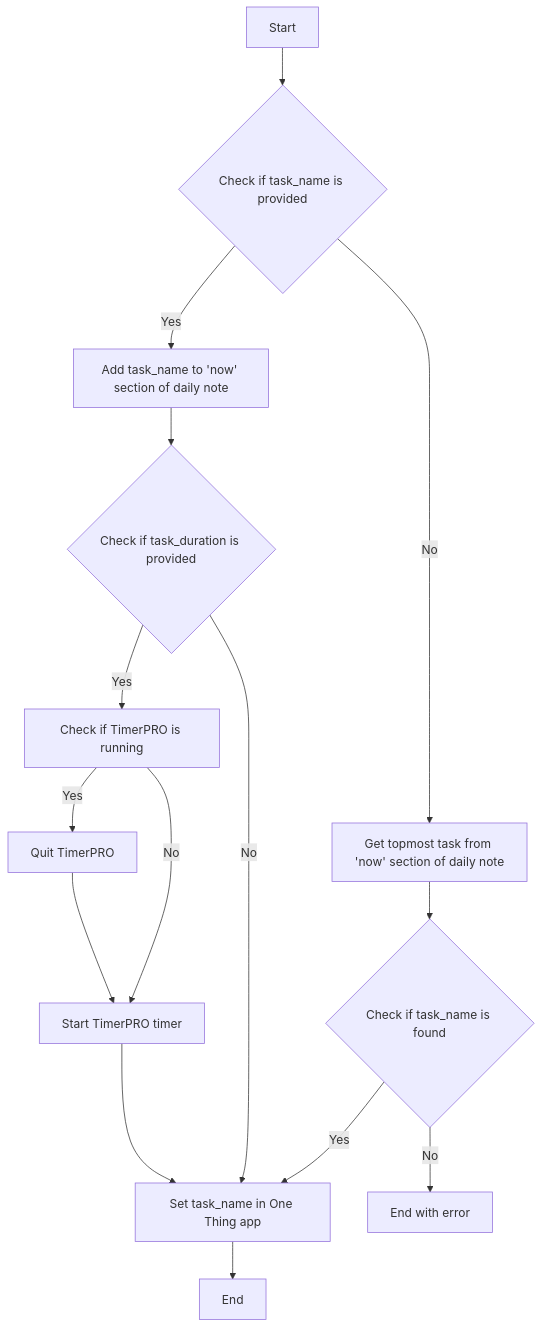
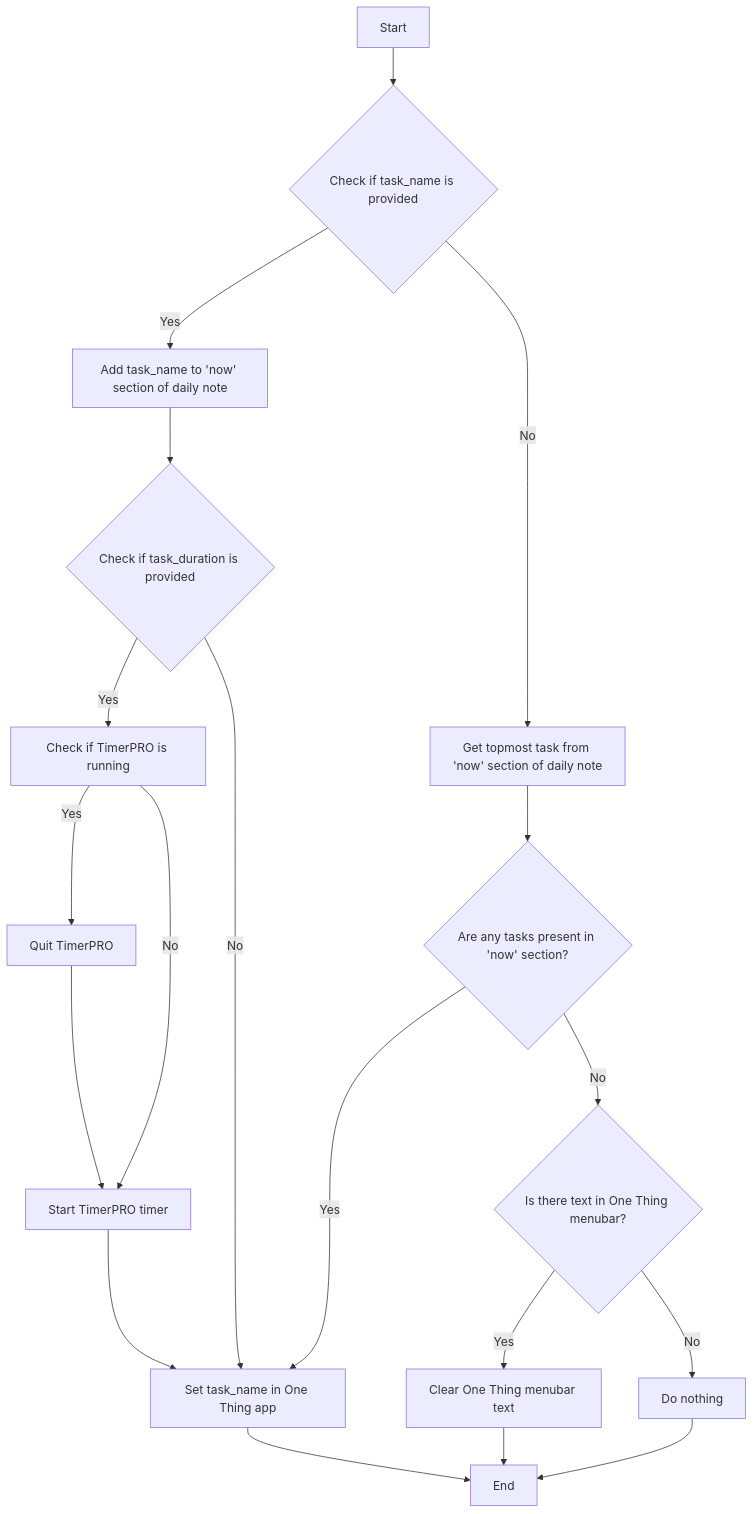
One commit to masonc15/raycast-note-scripts changed the diagram in now-task-flow.md. Above: the diagram before and after it, drawn with Mermaid.

Commit message:
add case for clearing One Thing text

````diff
--- a/now-task-flow.md
+++ b/now-task-flow.md
@@ -3,17 +3,21 @@
 ```mermaid
 graph TD
     A[Start] --> B{Check if task_name is provided}
     B -->|Yes| C[Add task_name to 'now' section of daily note]
     C --> D{Check if task_duration is provided}
     D -->|Yes| E[Check if TimerPRO is running]
     E -->|Yes| F[Quit TimerPRO]
     F --> G[Start TimerPRO timer]
     G --> H[Set task_name in One Thing app]
     D -->|No| H
     E -->|No| G
     B -->|No| I[Get topmost task from 'now' section of daily note]
-    I --> J{Check if task_name is found}
+    I --> J{Are any tasks present in 'now' section?}
     J -->|Yes| H
-    J -->|No| K[End with error]
-    H --> L[End]
+    J -->|No| K{Is there text in One Thing menubar?}
+    K -->|Yes| L[Clear One Thing menubar text]
+    K -->|No| M[Do nothing]
+    L --> N[End]
+    M --> N[End]
+    H --> N[End]
 ```
````
